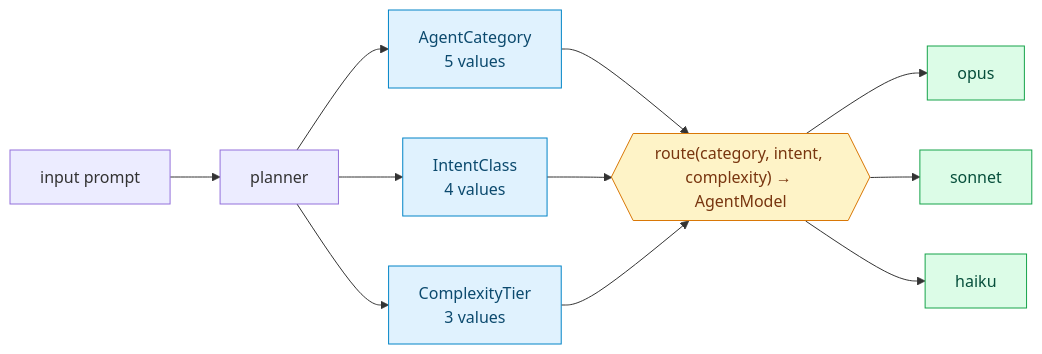
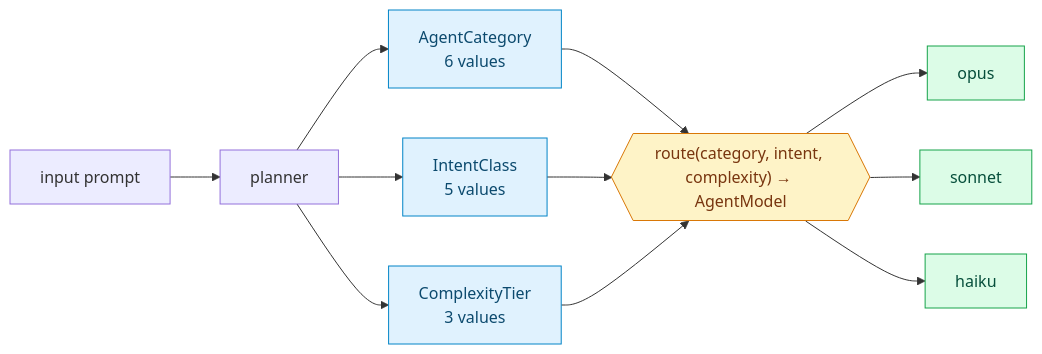
Before and after one commit to MakerPact/claudart: the fourth of 7 diagrams in README.md, drawn with Mermaid. The commit also changed other lines of this file, not shown here.

````diff
--- a/README.md
+++ b/README.md
@@ -263,14 +286,14 @@
 ```mermaid
 flowchart LR
   In[input prompt] --> P[planner]
-  P --> A[AgentCategory<br/>5 values]:::ax
-  P --> I[IntentClass<br/>4 values]:::ax
+  P --> A[AgentCategory<br/>6 values]:::ax
+  P --> I[IntentClass<br/>5 values]:::ax
   P --> C[ComplexityTier<br/>3 values]:::ax
   A & I & C --> T{{"route(category, intent, complexity) → AgentModel"}}:::fn
   T --> Op[opus]:::m
   T --> So[sonnet]:::m
   T --> Hk[haiku]:::m
   classDef ax fill:#e0f2fe,color:#0c4a6e,stroke:#0284c7
   classDef fn fill:#fef3c7,color:#78350f,stroke:#d97706
   classDef m fill:#dcfce7,color:#064e3b,stroke:#16a34a
 ```
````
